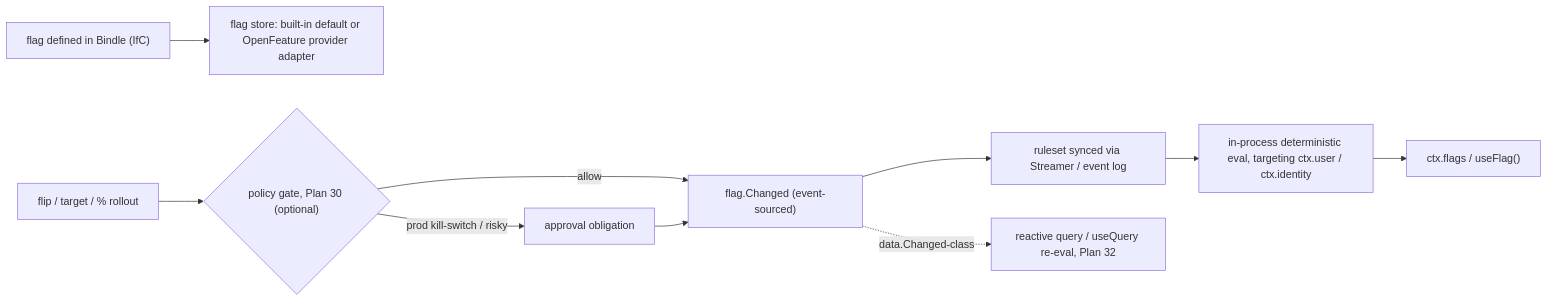
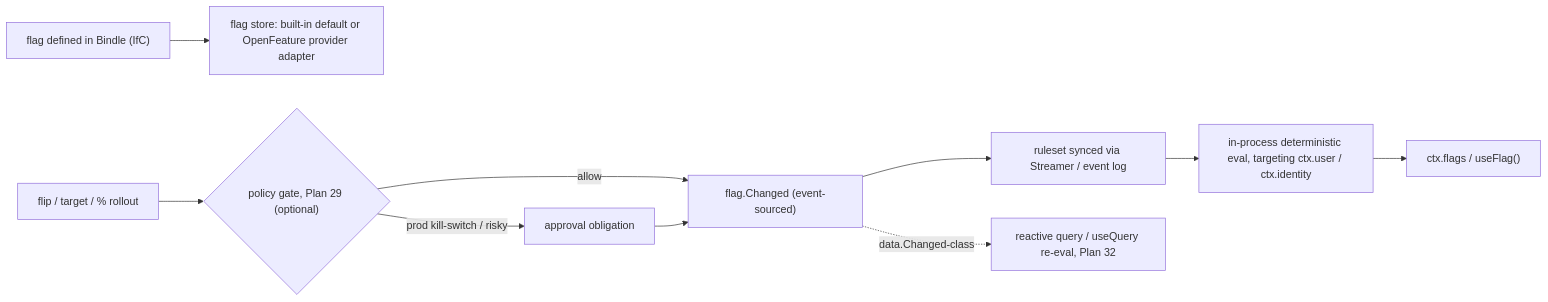
Before and after one commit to Tyler-R-Kendrick/HoBo: the second of 2 diagrams in docs/design/contracts-policy-flags.md, drawn with Mermaid. The commit also changed other lines of this file and 67 other files, not shown here.

````diff
--- a/docs/design/contracts-policy-flags.md
+++ b/docs/design/contracts-policy-flags.md
@@ -188,12 +183,12 @@
 ```mermaid
 flowchart LR
   DEF["flag defined in Bindle (IfC)"] --> STORE["flag store: built-in default or OpenFeature provider adapter"]
-  FLIP["flip / target / % rollout"] --> GATE{"policy gate, Plan 30 (optional)"}
+  FLIP["flip / target / % rollout"] --> GATE{"policy gate, Plan 29 (optional)"}
   GATE -->|allow| EV["flag.Changed (event-sourced)"]
   GATE -->|prod kill-switch / risky| APPR["approval obligation"]
   APPR --> EV
   EV --> SYNC["ruleset synced via Streamer / event log"]
   SYNC --> EVAL["in-process deterministic eval, targeting ctx.user / ctx.identity"]
   EVAL --> APP["ctx.flags / useFlag()"]
   EV -.->|data.Changed-class| RQ["reactive query / useQuery re-eval, Plan 32"]
 ```
````
